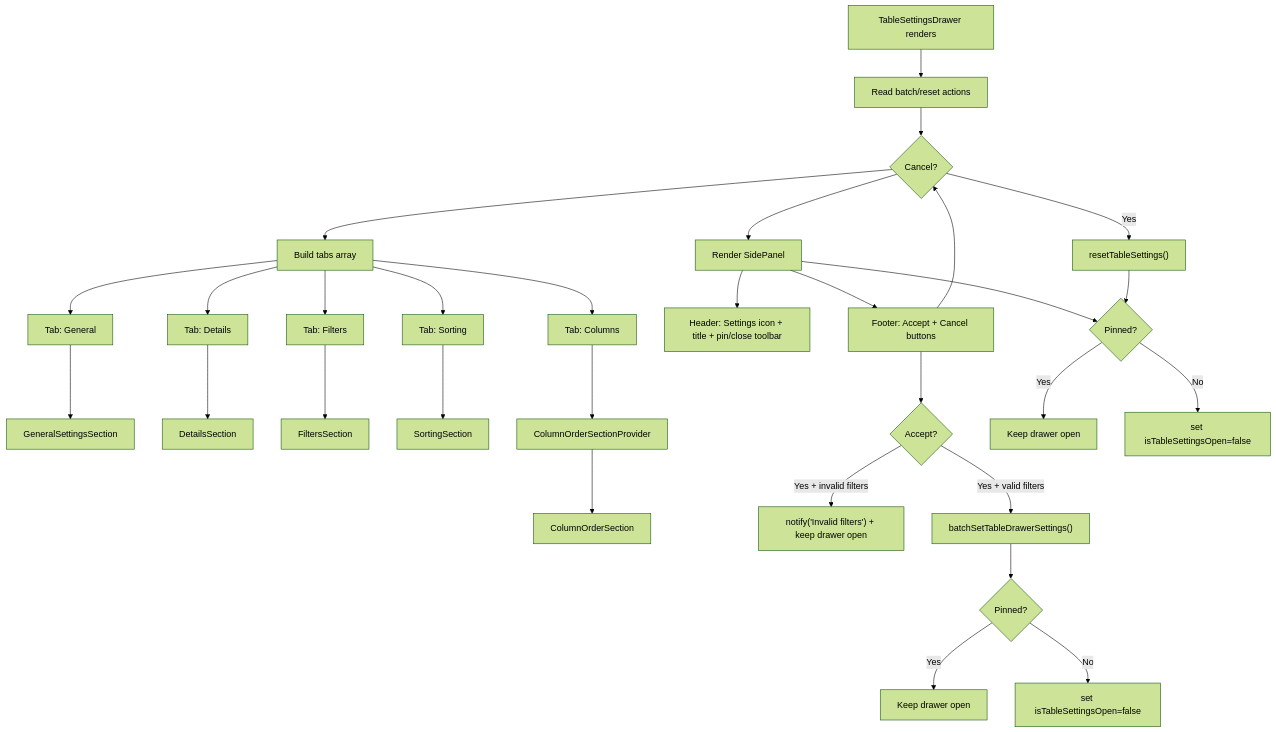
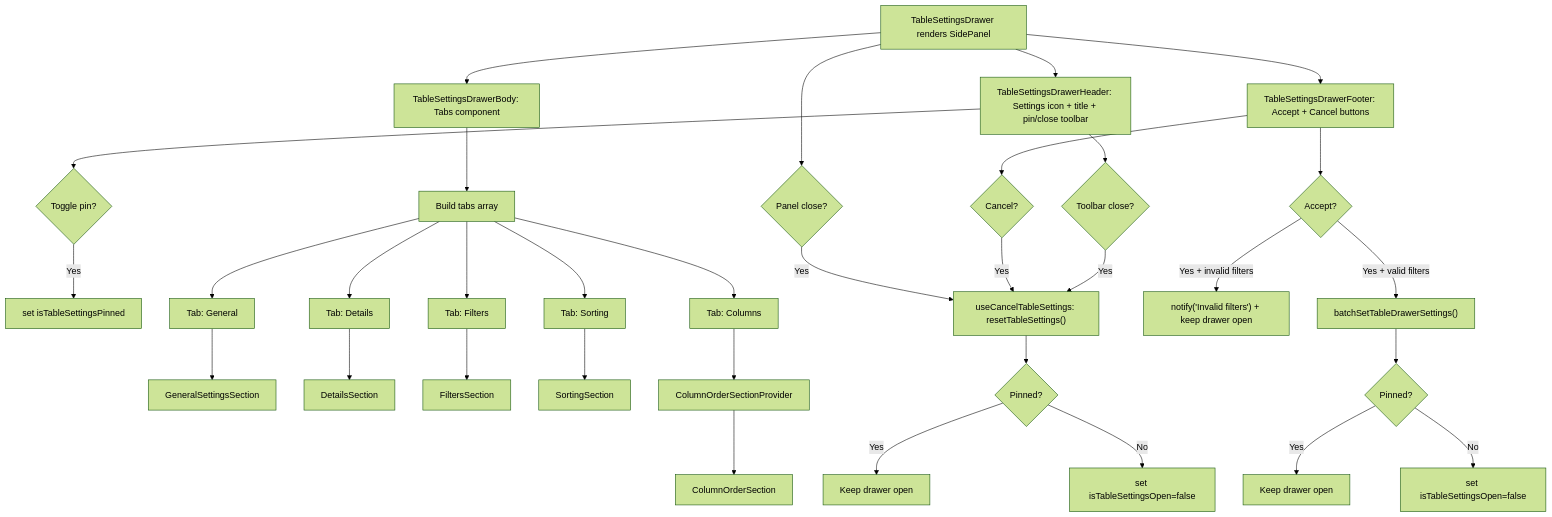
Before and after one commit to luciocabrera/lcabrera-stack: the second of 3 diagrams in packages/ui/src/components/Table/TableSettingsDrawer/ARCHITECTURE.md, drawn with Mermaid (forest theme). The commit also changed other lines of this file and 22 other files, not shown here.

````diff
--- a/packages/ui/src/components/Table/TableSettingsDrawer/ARCHITECTURE.md
+++ b/packages/ui/src/components/Table/TableSettingsDrawer/ARCHITECTURE.md
@@ -131,39 +166,43 @@
 ```mermaid
 graph TD
-  A["TableSettingsDrawer renders"] --> B["Read batch/reset actions"]
-  B --> C["Manage isPinned state"]
-  C --> D["Build tabs array"]
+  A["TableSettingsDrawer renders SidePanel"] --> O["TableSettingsDrawerHeader: Settings icon + title + pin/close toolbar"]
+  A --> P["TableSettingsDrawerBody: Tabs component"]
+  A --> Q["TableSettingsDrawerFooter: Accept + Cancel buttons"]
+
+  O --> W{"Toggle pin?"}
+  W -->|Yes| X["set isTableSettingsPinned"]
+  O --> C2{"Toolbar close?"}
+  C2 -->|Yes| V
+
+  P --> D["Build tabs array"]
 
   D --> E["Tab: General"]
   E --> F["GeneralSettingsSection"]
 
   D --> E2["Tab: Details"]
   E2 --> F2["DetailsSection"]
 
   D --> G["Tab: Filters"]
   G --> H["FiltersSection"]
 
   D --> I["Tab: Sorting"]
   I --> J["SortingSection"]
 
   D --> K["Tab: Columns"]
   K --> L["ColumnOrderSectionProvider"]
   L --> M["ColumnOrderSection"]
 
-  C --> N["Render SidePanel"]
-  N --> O["Header: Settings icon + title + pin/close toolbar"]
-  N --> P["Body: Tabs component"]
-  N --> Q["Footer: Accept + Cancel buttons"]
-
   Q --> R{"Accept?"}
   R -->|Yes + invalid filters| S["notify('Invalid filters') + keep drawer open"]
   R -->|Yes + valid filters| T["batchSetTableDrawerSettings()"]
   T --> U{"Pinned?"}
   U -->|Yes| K1["Keep drawer open"]
   U -->|No| K2["set isTableSettingsOpen=false"]
   Q --> C{"Cancel?"}
-  C -->|Yes| V["resetTableSettings()"]
-  V --> P{"Pinned?"}
-  P -->|Yes| K3["Keep drawer open"]
-  P -->|No| K4["set isTableSettingsOpen=false"]
+  C -->|Yes| V["useCancelTableSettings: resetTableSettings()"]
+  A --> C3{"Panel close?"}
+  C3 -->|Yes| V
+  V --> P2{"Pinned?"}
+  P2 -->|Yes| K3["Keep drawer open"]
+  P2 -->|No| K4["set isTableSettingsOpen=false"]
 ```
````
